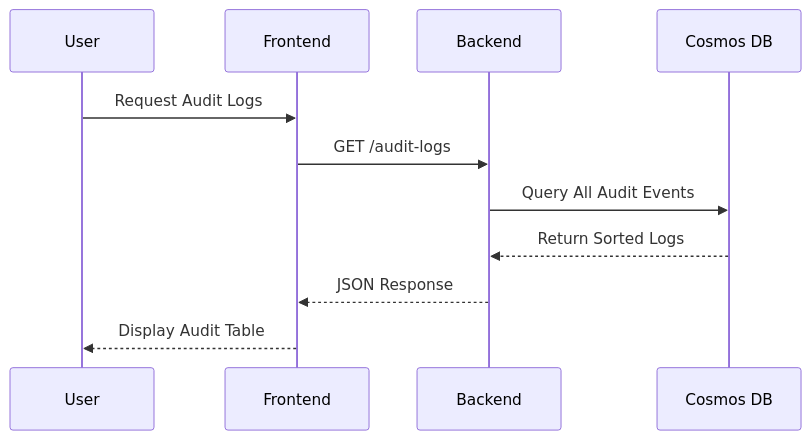
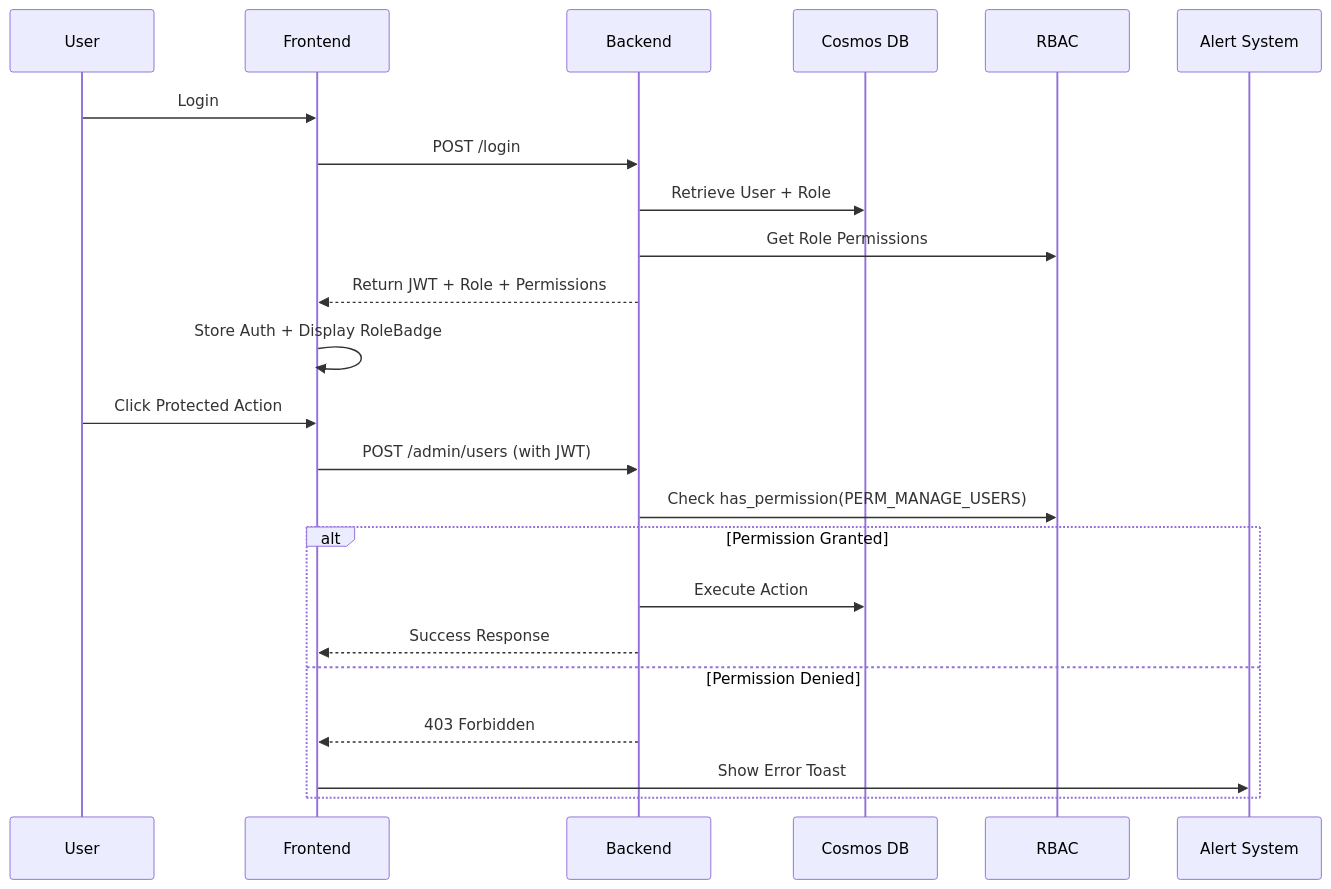
The fourth of 4 diagrams in README.md (Jatin-code16/varitydoc), drawn with Mermaid before and after one commit. The commit also changed other lines of this file and 28 other files, not shown here.

Commit message:
Added Sign-up + RBAC + User Access

````diff
--- a/README.md
+++ b/README.md
@@ -221,9 +322,19 @@
 ```mermaid
 sequenceDiagram
-    User->>Frontend: Request Audit Logs
-    Frontend->>Backend: GET /audit-logs
-    Backend->>Cosmos DB: Query All Audit Events
-    Cosmos DB-->>Backend: Return Sorted Logs
-    Backend-->>Frontend: JSON Response
-    Frontend-->>User: Display Audit Table
+    User->>Frontend: Login
+    Frontend->>Backend: POST /login
+    Backend->>Cosmos DB: Retrieve User + Role
+    Backend->>RBAC: Get Role Permissions
+    Backend-->>Frontend: Return JWT + Role + Permissions
+    Frontend->>Frontend: Store Auth + Display RoleBadge
+    User->>Frontend: Click Protected Action
+    Frontend->>Backend: POST /admin/users (with JWT)
+    Backend->>RBAC: Check has_permission(PERM_MANAGE_USERS)
+    alt Permission Granted
+        Backend->>Cosmos DB: Execute Action
+        Backend-->>Frontend: Success Response
+    else Permission Denied
+        Backend-->>Frontend: 403 Forbidden
+        Frontend->>Alert System: Show Error Toast
+    end
 ```
````
